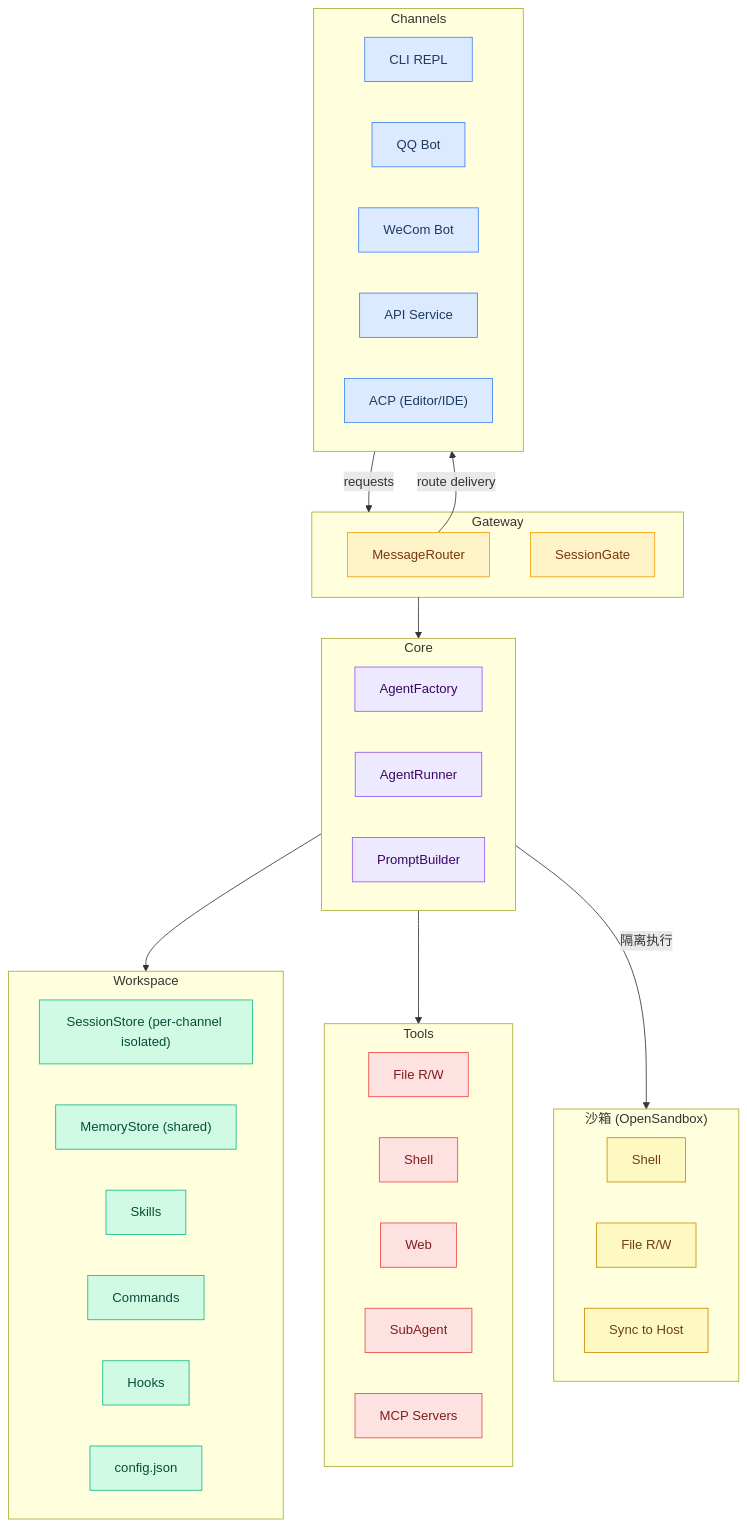
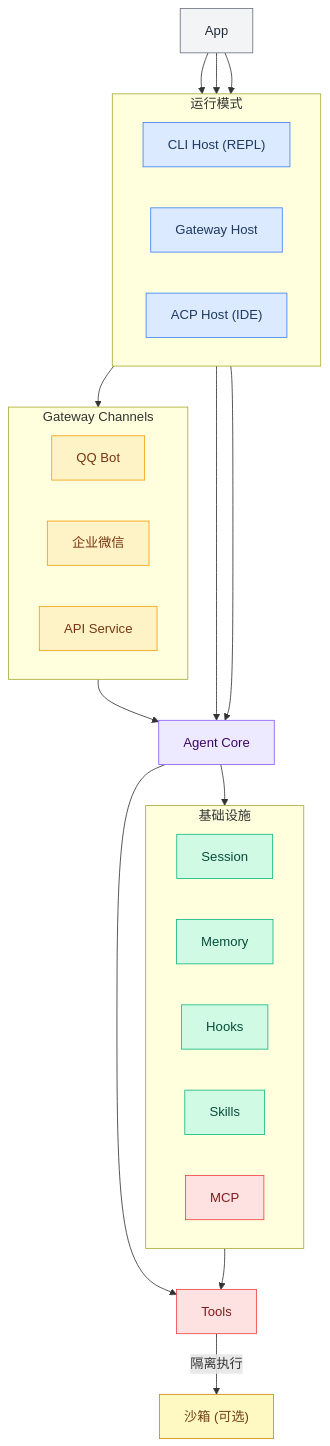
Before and after one commit to DotCraftDev/dotcraft: the diagram in README_ZH.md, drawn with Mermaid. The commit also changed other lines of this file and 1 other file, not shown here.

````diff
--- a/README_ZH.md
+++ b/README_ZH.md
@@ -38,65 +38,76 @@
 ```mermaid
 flowchart TB
-    subgraph channels [Channels]
-        CLI[CLI REPL]
-        QQ[QQ Bot]
-        WeCom[WeCom Bot]
-        API[API Service]
-        ACP["ACP (Editor/IDE)"]
+    App["App"]
+
+    subgraph hosts [运行模式]
+        direction LR
+        CliHost["CLI Host (REPL)"]
+        GatewayHost["Gateway Host"]
+        AcpHost["ACP Host (IDE)"]
     end
 
-    subgraph gateway [Gateway]
-        MsgRouter[MessageRouter]
-        SessGate[SessionGate]
+    subgraph modules [Gateway Channels]
+        direction LR
+        QQModule["QQ Bot"]
+        WeComModule["企业微信"]
+        ApiModule["API Service"]
     end
 
-    subgraph core [Core]
-        AgentFactory[AgentFactory]
-        AgentRunner[AgentRunner]
-        PromptBuilder[PromptBuilder]
+    AgentCore["Agent Core"]
+    Tools["Tools"]
+    Sandbox["沙箱 (可选)"]
+
+    subgraph infra [基础设施]
+        direction LR
+        Session["Session"]
+        Memory["Memory"]
+        Hooks["Hooks"]
+        Skills["Skills"]
+        MCP["MCP"]
     end
 
-    subgraph workspace [Workspace]
-        SessionStore["SessionStore (per-channel isolated)"]
-        MemoryStore["MemoryStore (shared)"]
-        Skills[Skills]
-        Commands[Commands]
-        Hooks[Hooks]
-        Config[config.json]
-    end
+    App --> CliHost
+    App --> GatewayHost
+    App --> AcpHost
 
-    subgraph tools [Tools]
-        FileTools[File R/W]
-        ShellTools[Shell]
-        WebTools[Web]
-        SubAgent[SubAgent]
-        MCPServers[MCP Servers]
-    end
+    CliHost --> AgentCore
+    AcpHost --> AgentCore
+    GatewayHost --> modules
+    modules --> AgentCore
 
-    subgraph sandbox ["沙箱 (OpenSandbox)"]
-        SandboxShell[Shell]
-        SandboxFile[File R/W]
-        SandboxSync[Sync to Host]
-    end
+    AgentCore --> Tools
+    AgentCore --> infra
+    MCP --> Tools
+    Tools -->|"隔离执行"| Sandbox
 
-    channels -->|requests| gateway
-    gateway --> core
-    core --> workspace
-    core --> tools
-    core -->|"隔离执行"| sandbox
-    MsgRouter -->|route delivery| channels
-
-    classDef channelStyle fill:#dbeafe,stroke:#3b82f6,color:#1e3a5f
-    classDef gatewayStyle fill:#fef3c7,stroke:#f59e0b,color:#78350f
+    classDef entryStyle fill:#f3f4f6,stroke:#6b7280,color:#1f2937
+    classDef hostStyle fill:#dbeafe,stroke:#3b82f6,color:#1e3a5f
+    classDef moduleStyle fill:#fef3c7,stroke:#f59e0b,color:#78350f
     classDef coreStyle fill:#ede9fe,stroke:#8b5cf6,color:#3b0764
-    classDef workspaceStyle fill:#d1fae5,stroke:#10b981,color:#064e3b
     classDef toolStyle fill:#fee2e2,stroke:#ef4444,color:#7f1d1d
+    classDef infraStyle fill:#d1fae5,stroke:#10b981,color:#064e3b
     classDef sandboxStyle fill:#fef9c3,stroke:#ca8a04,color:#713f12
 
-    class CLI,QQ,WeCom,API,ACP channelStyle
-    class MsgRouter,SessGate gatewayStyle
-    class AgentFactory,AgentRunner,PromptBuilder coreStyle
-    class SessionStore,MemoryStore,Skills,Commands,Hooks,Config workspaceStyle
-    class FileTools,ShellTools,WebTools,SubAgent,MCPServers toolStyle
-    class SandboxShell,SandboxFile,SandboxSync sandboxStyle
+    class App entryStyle
+    class CliHost,GatewayHost,AcpHost hostStyle
+    class QQModule,WeComModule,ApiModule moduleStyle
+    class AgentCore coreStyle
+    class Tools toolStyle
+    class Session,Memory,Hooks,Skills,Config infraStyle
+    class Sandbox sandboxStyle
+
+    classDef hostStyle fill:#dbeafe,stroke:#3b82f6,color:#1e3a5f
+    classDef moduleStyle fill:#fef3c7,stroke:#f59e0b,color:#78350f
+    classDef coreStyle fill:#ede9fe,stroke:#8b5cf6,color:#3b0764
+    classDef toolStyle fill:#fee2e2,stroke:#ef4444,color:#7f1d1d
+    classDef infraStyle fill:#d1fae5,stroke:#10b981,color:#064e3b
+    classDef sandboxStyle fill:#fef9c3,stroke:#ca8a04,color:#713f12
+
+    class Program,HostBuilder entryStyle
+    class CliHost,GatewayHost,AcpHost hostStyle
+    class QQModule,WeComModule,ApiModule,AcpModule moduleStyle
+    class AgentFactory,AgentRunner,SessionGate,MessageRouter coreStyle
+    class CoreTools,SubAgent,MCP,ChannelTools toolStyle
+    class SessionStore,MemoryStore,Hooks,Skills,Config infraStyle
+    class OpenSandbox sandboxStyle
 ```
````
